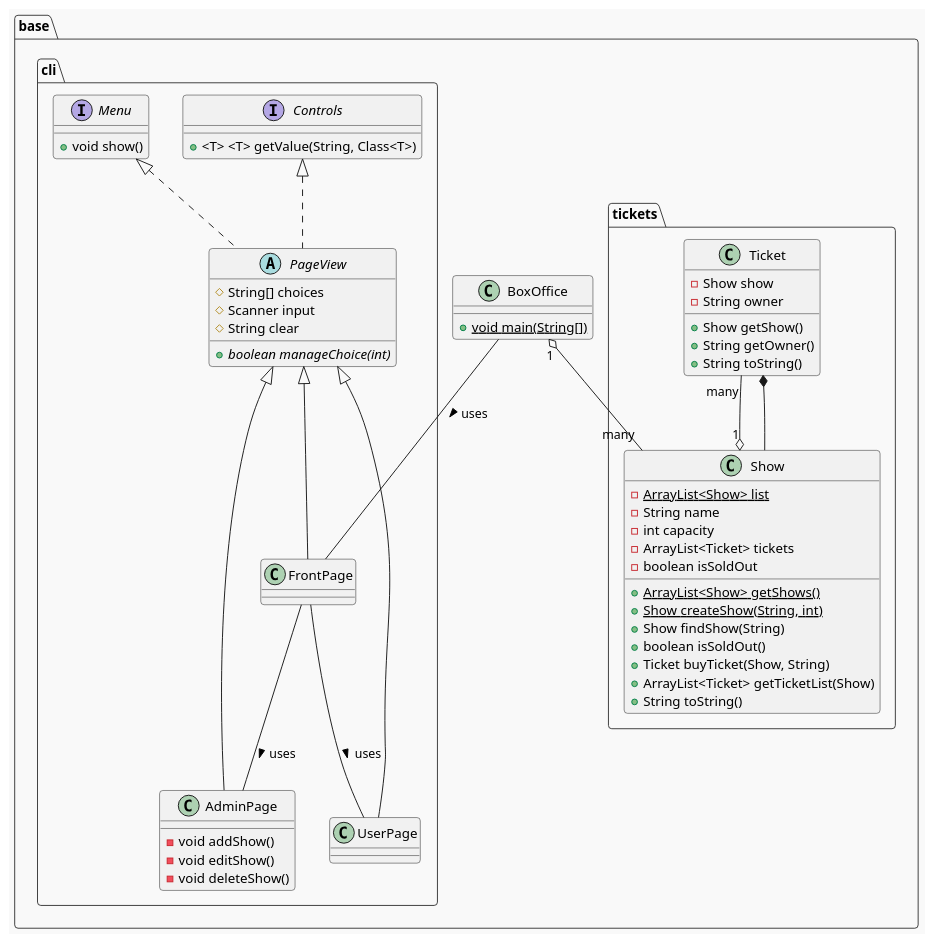
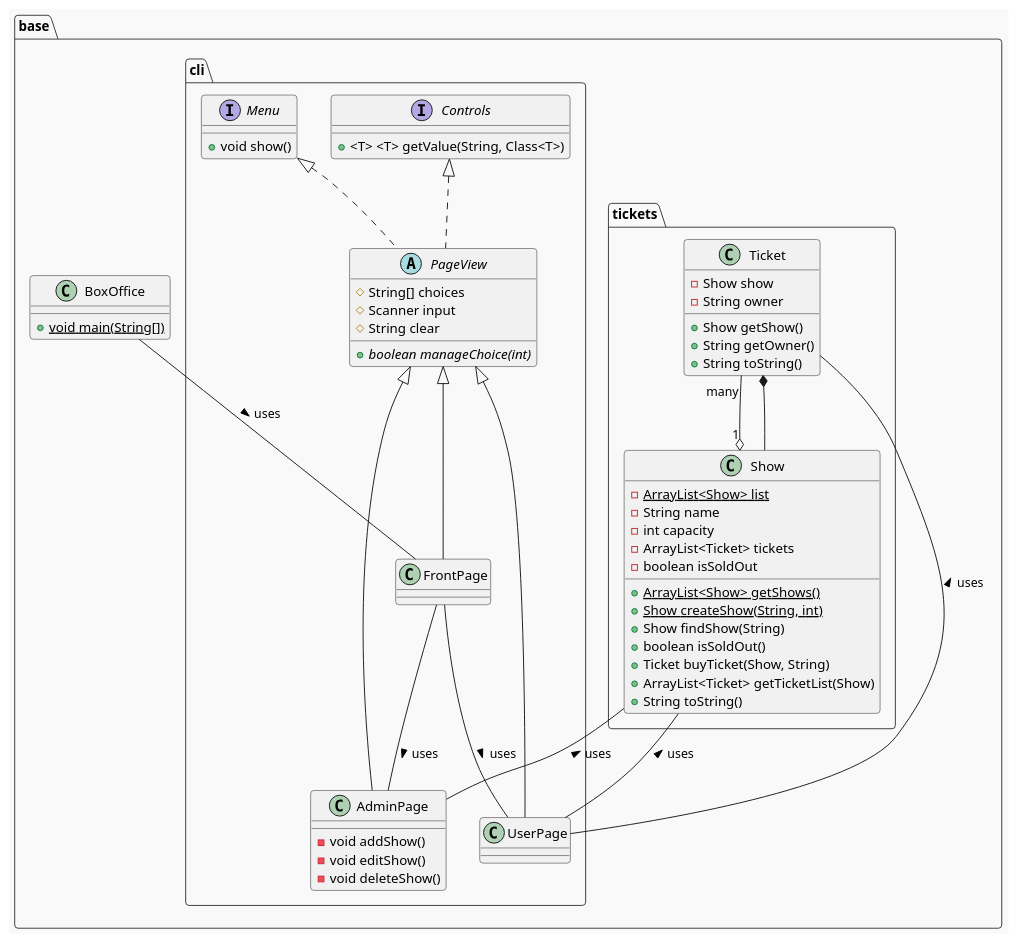
Before and after one commit to physcrowley/BoxOffice: the diagram in structure.puml, drawn with PlantUML.

Commit message:
updated relationships

```diff
--- a/structure.puml
+++ b/structure.puml
@@ -3,75 +3,76 @@
 @startuml structure
 
 /' https://plantuml.com/fr/theme
 favoris : mars, plain, amiga, crt-green, sketchy '/
 !theme mars
 
 /' https://plantuml.com/fr/class-diagram '/
 
 /' objets '/
 package base {
     package base.cli {
 
         interface Controls {
             + <T> <T> getValue(String, Class<T>)
         }
         interface Menu{
             + void show()
         }
         abstract class PageView implements Menu, Controls {
             # String[] choices 
             # Scanner input
             # String clear
             + {abstract} boolean manageChoice(int)
         }
         class FrontPage extends PageView
         class AdminPage extends PageView {
             - void addShow()
             - void editShow()
             - void deleteShow()
         }
         class UserPage extends PageView
 
         FrontPage -- AdminPage : > uses
         FrontPage -- UserPage : > uses
         
     }
 
     package base.tickets {
         class Ticket {
             - Show show
             - String owner
             + Show getShow()
             + String getOwner()
             + String toString()
         }
         class Show {
             - {static} ArrayList<Show> list
             - String name
             - int capacity
             - ArrayList<Ticket> tickets
             - boolean isSoldOut
             + {static} ArrayList<Show> getShows()
             + {static} Show createShow(String, int)
             + Show findShow(String)
             + boolean isSoldOut()
             + Ticket buyTicket(Show, String)
             + ArrayList<Ticket> getTicketList(Show)
             + String toString()
         }
 
         Ticket "many" --o "1"  Show
         Ticket *-- Show
     }
 
     class BoxOffice {
         + {static} void main(String[])
     }
 
     BoxOffice -- FrontPage : > uses
-
-    BoxOffice "1" o-- "many" Show
+    Show -- AdminPage : < uses
+    Show -- UserPage : < uses
+    Ticket -- UserPage : < uses
 
 }
 
 @enduml
```
